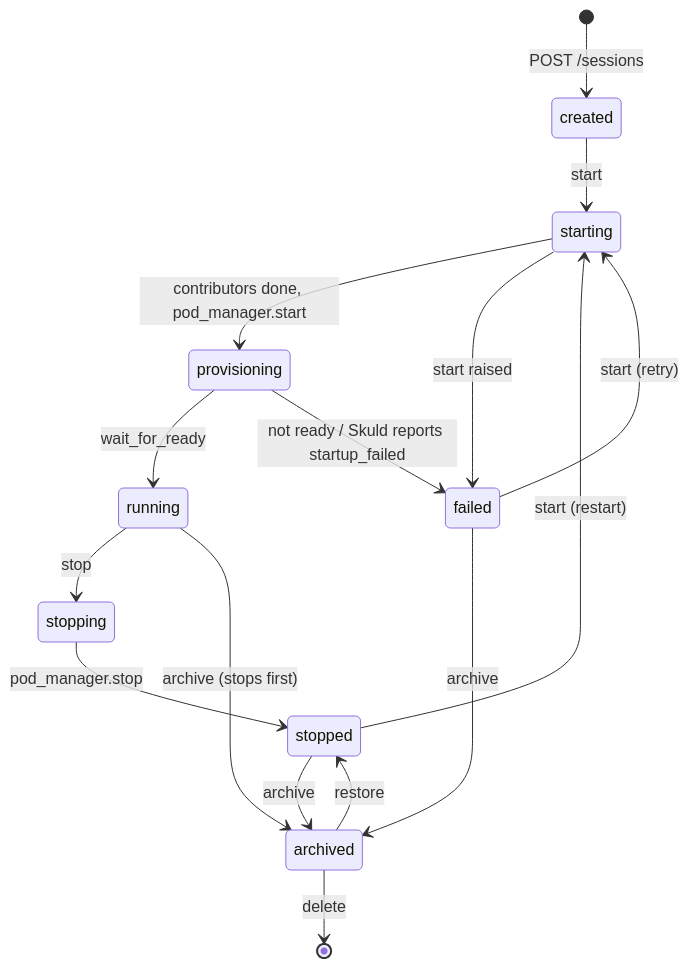
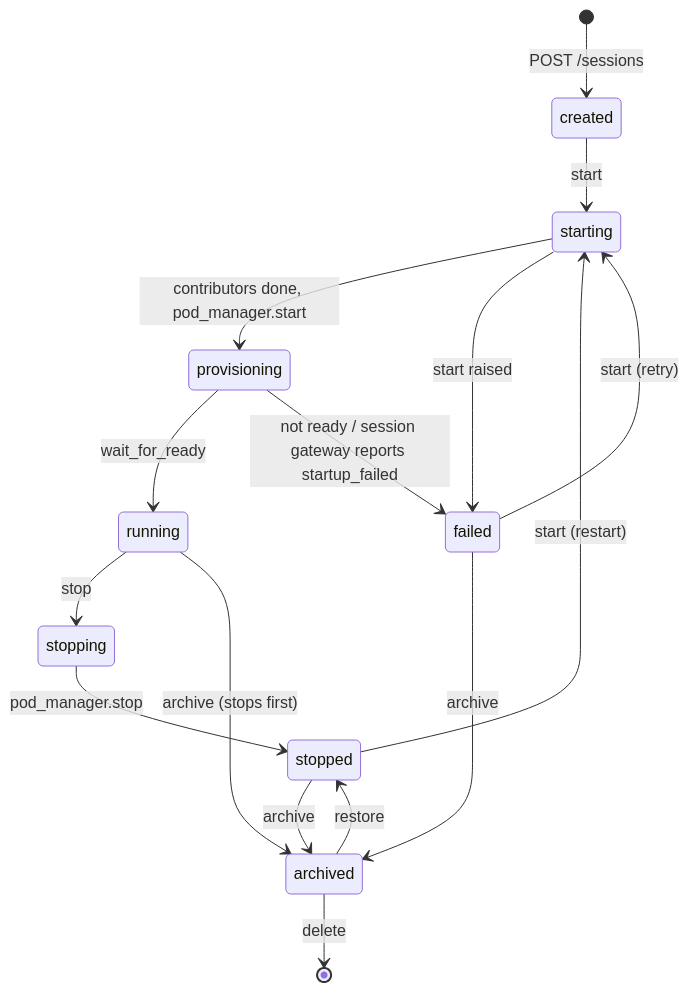
The second of 2 diagrams in docs/site/architecture/forge/index.md (niuulabs/niuu), drawn with Mermaid before and after one commit. The commit also changed other lines of this file and 65 other files, not shown here.

````diff
--- a/docs/site/architecture/forge/index.md
+++ b/docs/site/architecture/forge/index.md
@@ -44,18 +44,18 @@
 ```mermaid
 stateDiagram-v2
     [*] --> created: POST /sessions
     created --> starting: start
     starting --> provisioning: contributors done, pod_manager.start
     provisioning --> running: wait_for_ready
     starting --> failed: start raised
-    provisioning --> failed: not ready / Skuld reports startup_failed
+    provisioning --> failed: not ready / session gateway reports startup_failed
     running --> stopping: stop
     stopping --> stopped: pod_manager.stop
     stopped --> starting: start (restart)
     failed --> starting: start (retry)
     stopped --> archived: archive
     failed --> archived: archive
     running --> archived: archive (stops first)
     archived --> stopped: restore
     archived --> [*]: delete
 ```
````
